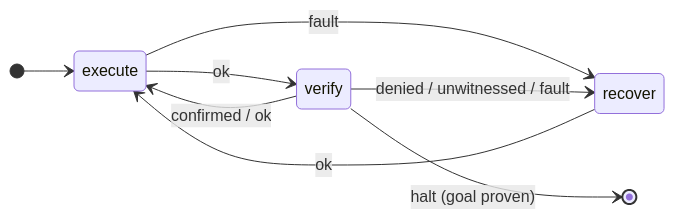
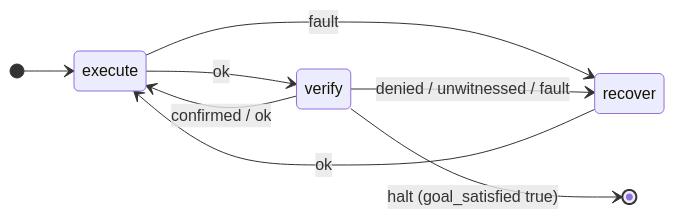
Before and after one commit to wgabrys88/endgame-ai: the third of 3 diagrams in README.md, drawn with Mermaid. The commit also changed other lines of this file, not shown here.

````diff
--- a/README.md
+++ b/README.md
@@ -180,11 +163,11 @@
 ```mermaid
 stateDiagram-v2
     direction LR
     [*] --> execute
     execute --> verify: ok
     execute --> recover: fault
     verify --> execute: confirmed / ok
     verify --> recover: denied / unwitnessed / fault
-    verify --> [*]: halt (goal proven)
+    verify --> [*]: halt (goal_satisfied true)
     recover --> execute: ok
 ```
````
